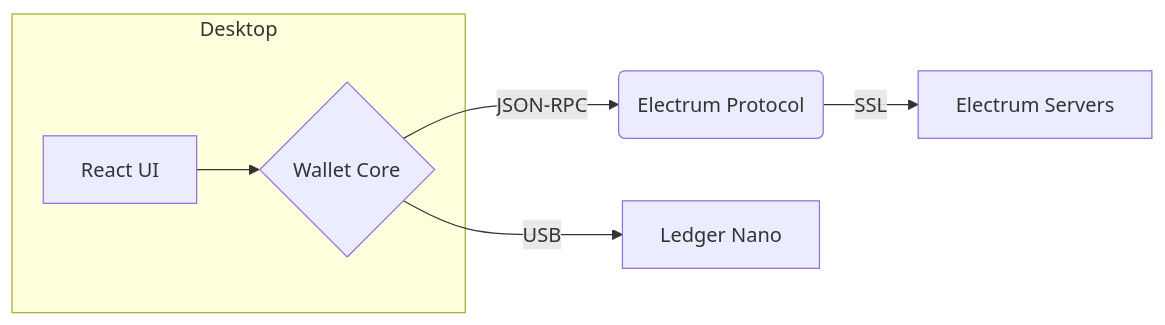
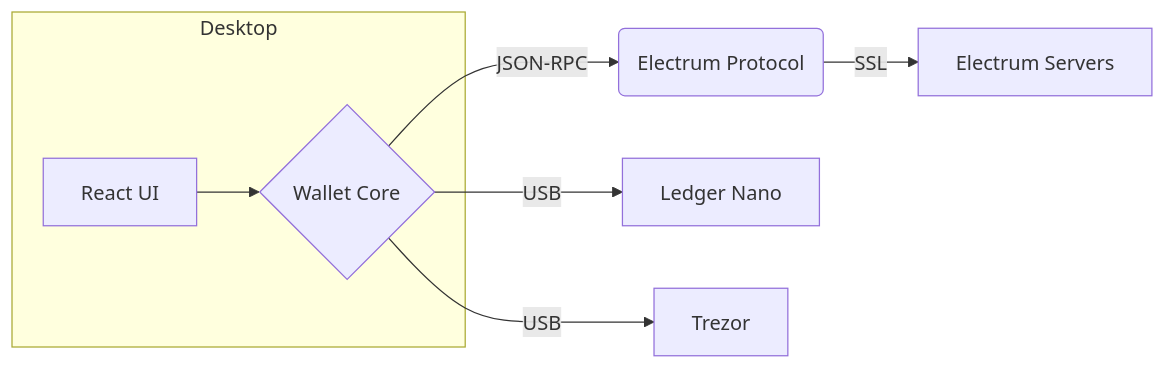
One commit to brdev-c/Electrum-Doge changed the second of 2 diagrams in README.md. Above: the diagram before and after it, drawn with Mermaid. The commit also changed other lines of this file, not shown here.

````diff
--- a/README.md
+++ b/README.md
@@ -33,9 +50,10 @@
 ```mermaid
 flowchart LR
     subgraph Desktop
         A[React UI] --> B{Wallet Core}
     end
     B -->|JSON‑RPC| C(Electrum Protocol)
     C -->|SSL| D[Electrum Servers]
     B -->|USB| E[Ledger Nano]
+    B -->|USB| F[Trezor]
 ```
````
